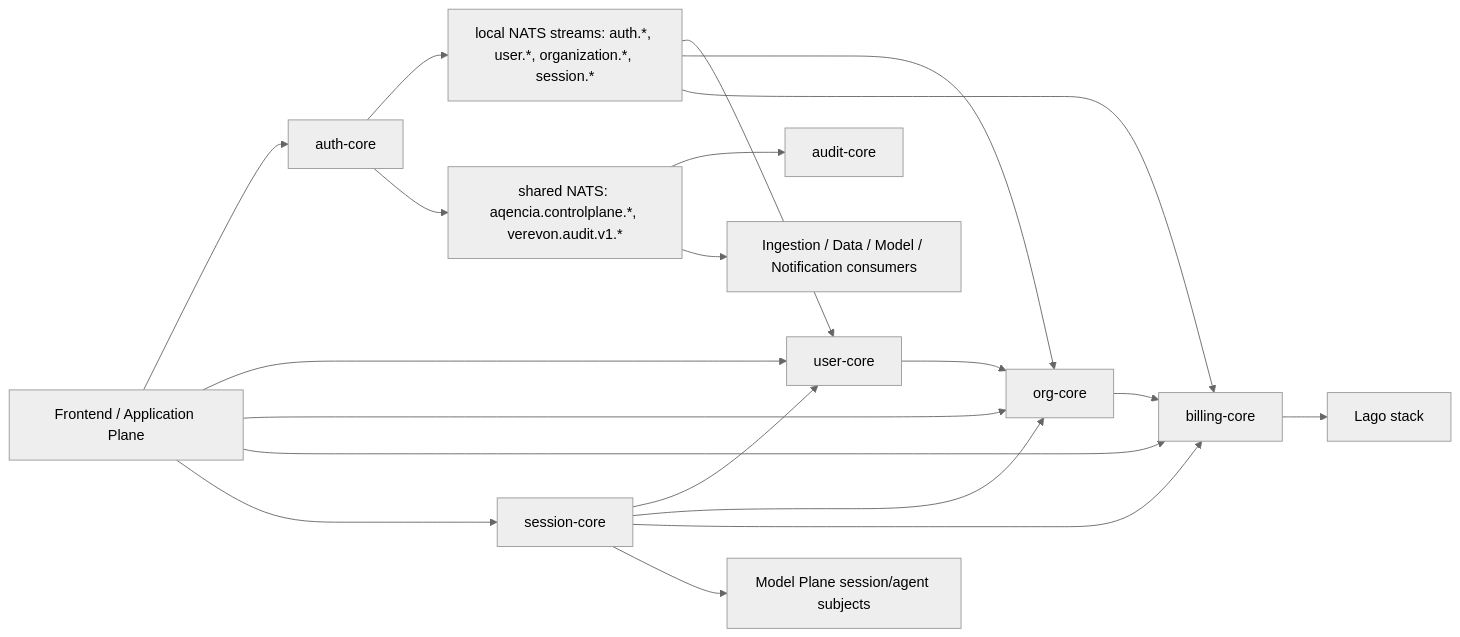
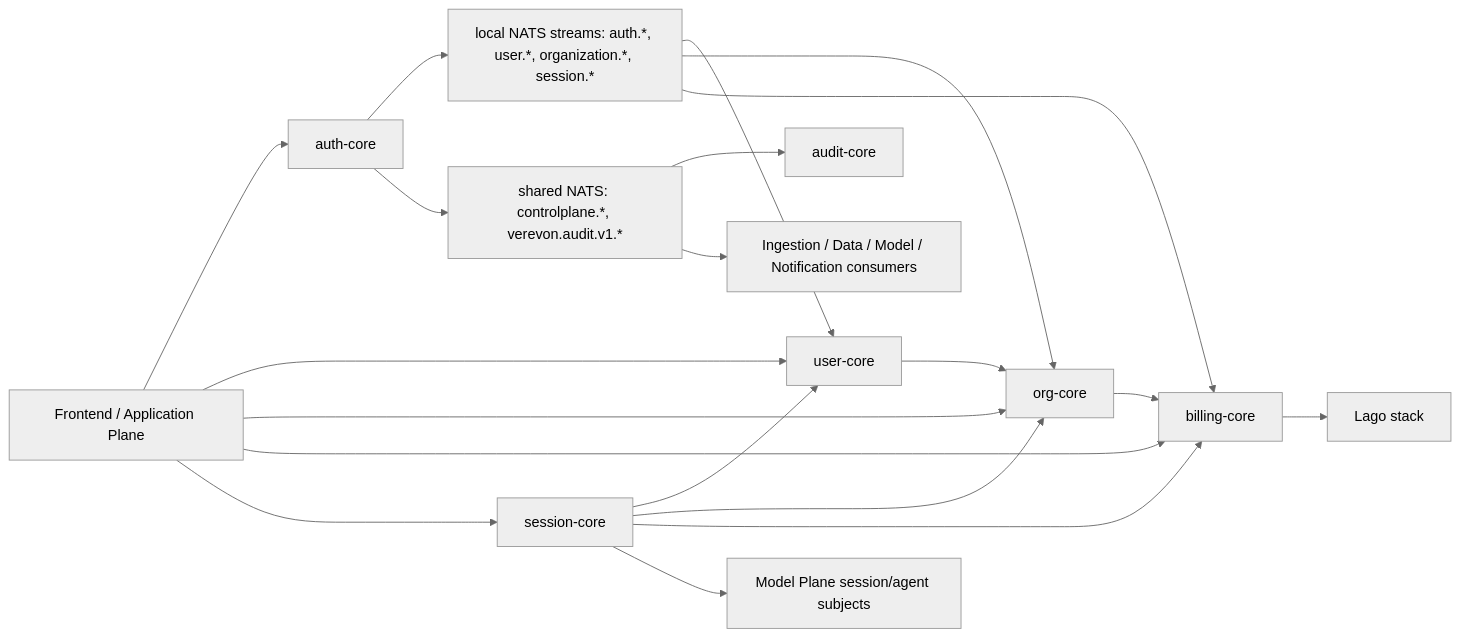
Before and after one commit to nisjety/CoreSystems: the diagram in apps/Control Plane/CONTROL_PLANE_DEEP_DIVE.md, drawn with Mermaid (neutral theme). The commit also changed other lines of this file and 5125 other files, not shown here.

````diff
--- a/apps/Control Plane/CONTROL_PLANE_DEEP_DIVE.md
+++ b/apps/Control Plane/CONTROL_PLANE_DEEP_DIVE.md
@@ -67,22 +67,22 @@
 ```mermaid
 flowchart LR
   Frontend["Frontend / Application Plane"] --> Auth["auth-core"]
   Frontend --> User["user-core"]
   Frontend --> Org["org-core"]
   Frontend --> Billing["billing-core"]
   Frontend --> Session["session-core"]
   Auth --> NATSLocal["local NATS streams: auth.*, user.*, organization.*, session.*"]
-  Auth --> SharedBus["shared NATS: aqencia.controlplane.*, verevon.audit.v1.*"]
+  Auth --> SharedBus["shared NATS: controlplane.*, verevon.audit.v1.*"]
   NATSLocal --> User
   NATSLocal --> Org
   NATSLocal --> Billing
   Org --> Billing
   User --> Org
   Billing --> Lago["Lago stack"]
   Session --> User
   Session --> Org
   Session --> Billing
   Session --> Model["Model Plane session/agent subjects"]
   SharedBus --> Audit["audit-core"]
   SharedBus --> OtherPlanes["Ingestion / Data / Model / Notification consumers"]
 ```
````
